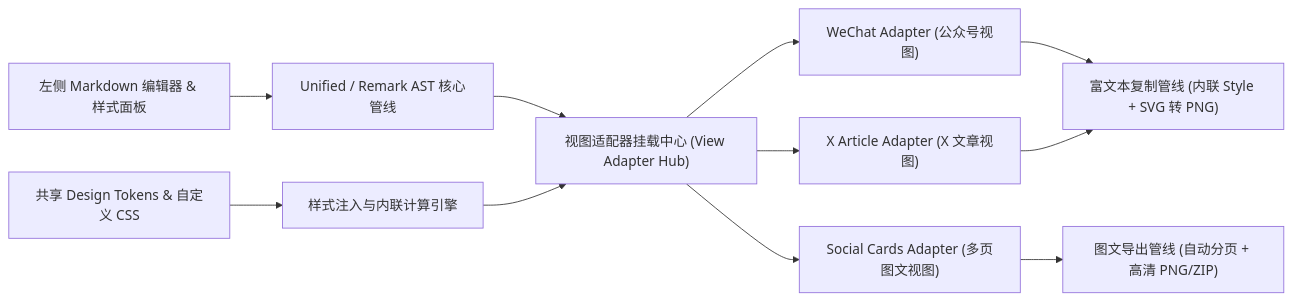
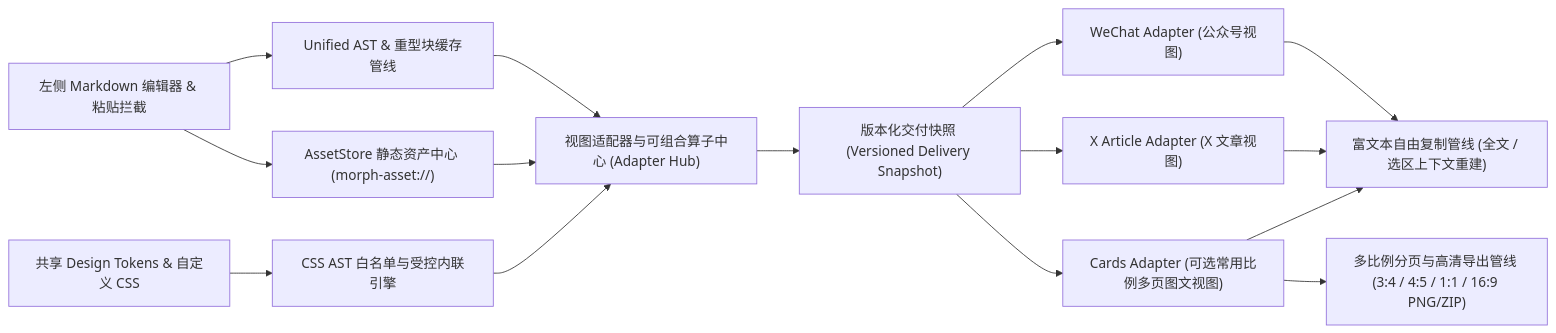
One commit to nanzhi84/MorphMD changed the first of 2 diagrams in docs/architecture/overview.md. Above: the diagram before and after it, drawn with Mermaid. The commit also changed other lines of this file and 5 other files, not shown here.

Commit message:
docs(architecture): supersede ADR-0001 with ADR-0002 for isomorphic snapshot, multi-ratio cards, and asset pipeline

````diff
--- a/docs/architecture/overview.md
+++ b/docs/architecture/overview.md
@@ -7,16 +7,21 @@
 ```mermaid
 flowchart LR
-    Editor["左侧 Markdown 编辑器 & 样式面板"] --> AST["Unified / Remark AST 核心管线"]
-    Tokens["共享 Design Tokens & 自定义 CSS"] --> StyleEngine["样式注入与内联计算引擎"]
+    Editor["左侧 Markdown 编辑器 & 粘贴拦截"] --> AST["Unified AST & 重型块缓存管线"]
+    Editor --> AssetStore["AssetStore 静态资产中心 (morph-asset://)"]
+    Tokens["共享 Design Tokens & 自定义 CSS"] --> StyleEngine["CSS AST 白名单与受控内联引擎"]
 
-    AST --> AdapterHub["视图适配器挂载中心 (View Adapter Hub)"]
+    AST --> AdapterHub["视图适配器与可组合算子中心 (Adapter Hub)"]
+    AssetStore --> AdapterHub
     StyleEngine --> AdapterHub
 
-    AdapterHub --> WeChat["WeChat Adapter (公众号视图)"]
-    AdapterHub --> XArticle["X Article Adapter (X 文章视图)"]
-    AdapterHub --> SocialCards["Social Cards Adapter (多页图文视图)"]
+    AdapterHub --> Snapshot["版本化交付快照 (Versioned Delivery Snapshot)"]
 
-    WeChat --> CopyPipe["富文本复制管线 (内联 Style + SVG 转 PNG)"]
+    Snapshot --> WeChat["WeChat Adapter (公众号视图)"]
+    Snapshot --> XArticle["X Article Adapter (X 文章视图)"]
+    Snapshot --> Cards["Cards Adapter (可选常用比例多页图文视图)"]
+
+    WeChat --> CopyPipe["富文本自由复制管线 (全文 / 选区上下文重建)"]
     XArticle --> CopyPipe
-    SocialCards --> ExportPipe["图文导出管线 (自动分页 + 高清 PNG/ZIP)"]
+    Cards --> CopyPipe
+    Cards --> ExportPipe["多比例分页与高清导出管线 (3:4 / 4:5 / 1:1 / 16:9 PNG/ZIP)"]
 ```
````
